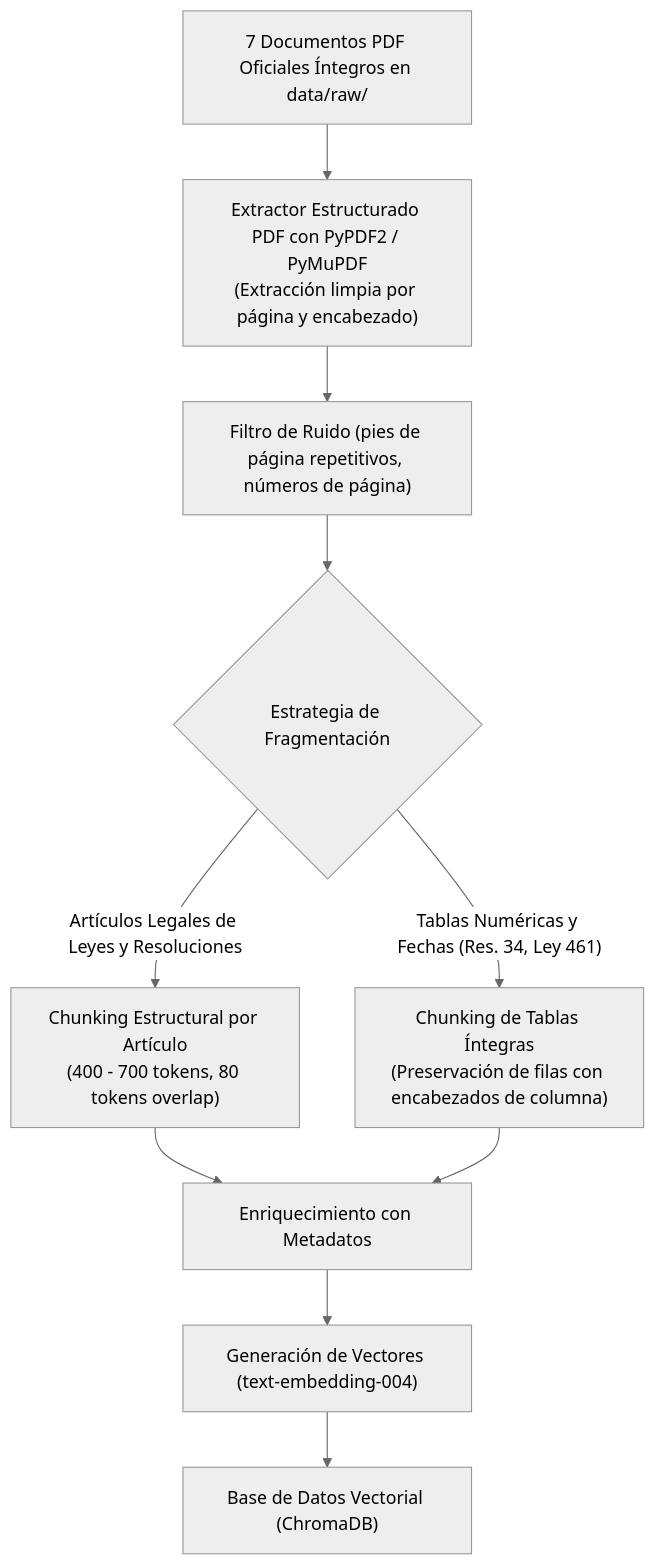
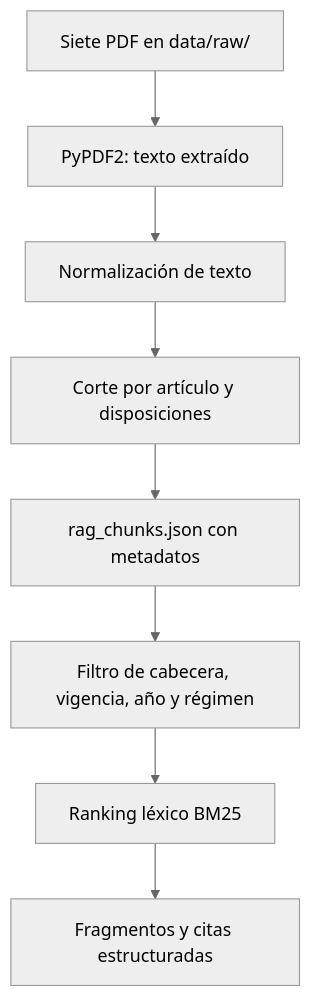
One commit to CristhianPinos/CalendarioTributarioRIMPE changed the diagram in docs/04-fuentes.md. Above: the diagram before and after it, drawn with Mermaid (neutral theme). The commit also changed other lines of this file and 74 other files, not shown here.

````diff
--- a/docs/04-fuentes.md
+++ b/docs/04-fuentes.md
@@ -37,15 +37,10 @@
 ```mermaid
 flowchart TD
-    PDFs["7 Documentos PDF Oficiales Íntegros en data/raw/"] --> Extractor["Extractor Estructurado PDF con PyPDF2 / PyMuPDF<br>(Extracción limpia por página y encabezado)"]
-    Extractor --> Normalizer["Filtro de Ruido (pies de página repetitivos, números de página)"]
-    
-    Normalizer --> Splitter{"Estrategia de Fragmentación"}
-    Splitter -- "Artículos Legales de Leyes y Resoluciones" --> ChunkArt["Chunking Estructural por Artículo<br>(400 - 700 tokens, 80 tokens overlap)"]
-    Splitter -- "Tablas Numéricas y Fechas (Res. 34, Ley 461)" --> ChunkTable["Chunking de Tablas Íntegras<br>(Preservación de filas con encabezados de columna)"]
-    
-    ChunkArt --> Metadata["Enriquecimiento con Metadatos"]
-    ChunkTable --> Metadata
-    
-    Metadata --> Embedder["Generación de Vectores (text-embedding-004)"]
-    Embedder --> Chroma["Base de Datos Vectorial (ChromaDB)"]
+    PDFs["Siete PDF en data/raw/"] --> Extractor["PyPDF2: texto extraído"]
+    Extractor --> Normalizer["Normalización de texto"]
+    Normalizer --> Splitter["Corte por artículo y disposiciones"]
+    Splitter --> JSON["rag_chunks.json con metadatos"]
+    JSON --> Filtro["Filtro de cabecera, vigencia, año y régimen"]
+    Filtro --> BM25["Ranking léxico BM25"]
+    BM25 --> Citas["Fragmentos y citas estructuradas"]
 ```
````
